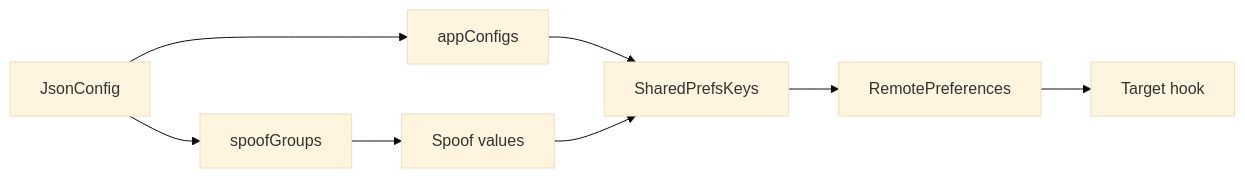
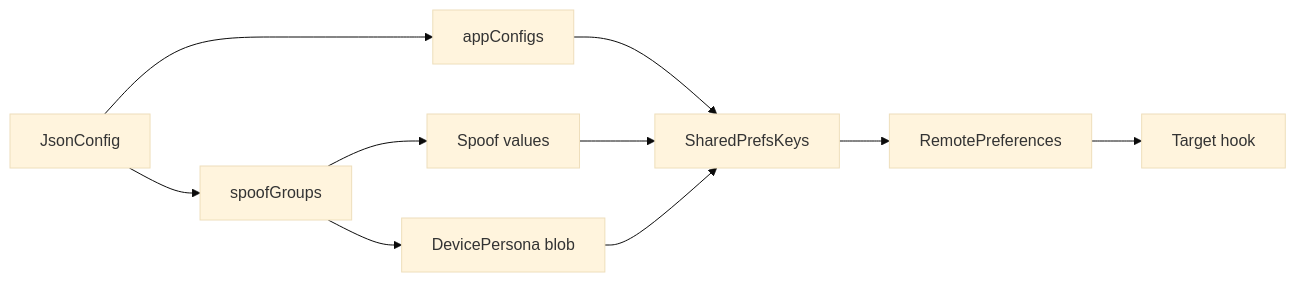
Before and after one commit to mohdakil2426/Device-Masker: the second of 6 diagrams in docs/public/ARCHITECTURE.md, drawn with Mermaid (base theme). The commit also changed other lines of this file, not shown here.

First line of the commit message:
docs: update architecture for verifier and persona sync

````diff
--- a/docs/public/ARCHITECTURE.md
+++ b/docs/public/ARCHITECTURE.md
@@ -72,17 +76,20 @@
 ```mermaid
 flowchart LR
     JsonConfig["JsonConfig"]
     AppConfigs["appConfigs"]
     Groups["spoofGroups"]
     Values["Spoof values"]
+    Persona["DevicePersona blob"]
     Keys["SharedPrefsKeys"]
     Remote["RemotePreferences"]
     Hook["Target hook"]
 
     JsonConfig --> AppConfigs
     JsonConfig --> Groups
     Groups --> Values
+    Groups --> Persona
     AppConfigs --> Keys
     Values --> Keys
+    Persona --> Keys
     Keys --> Remote --> Hook
 ```
````
